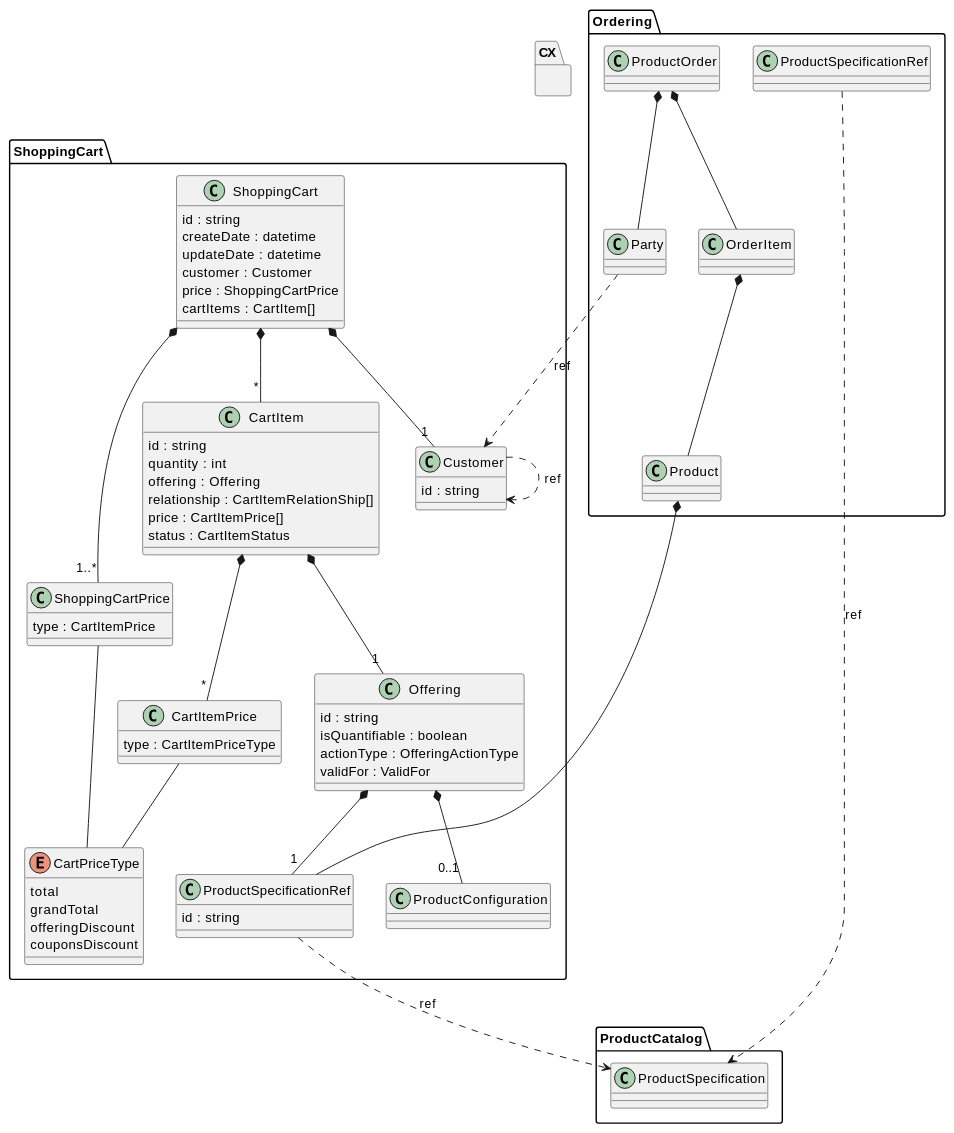
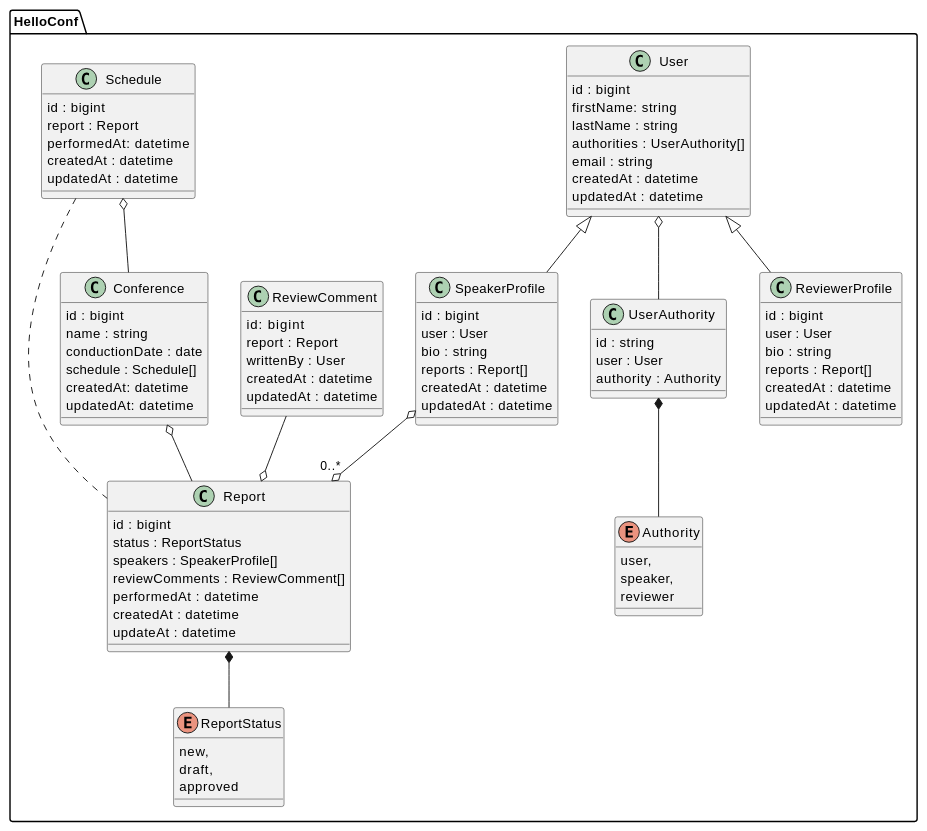
Before and after one commit to timofeev-denis/mts-architect-school: the diagram in docs/data/data.md, drawn with PlantUML.

Commit message:
Добавление модели данных

````diff
--- a/docs/data/data.md
+++ b/docs/data/data.md
@@ -8,89 +8,112 @@
 ```plantuml
 @startuml
 ' Логическая модель данных в варианте UML Class Diagram (альтернатива ER-диаграмме).
-namespace ShoppingCart {
 
- class ShoppingCart
+namespace HelloConf {
+
+ class User
  {
-  id : string
-  createDate : datetime
-  updateDate : datetime
-  customer : Customer
-  price : ShoppingCartPrice
-  cartItems : CartItem[]
+   id : bigint
+   firstName: string
+   lastName : string
+   authorities : UserAuthority[]
+   email : string
+   createdAt : datetime
+   updatedAt : datetime
  }
 
- class ShoppingCartPrice
+ class UserAuthority
  {
-  type : CartItemPrice
- }
- class CartItemPrice
- {
-  type : CartItemPriceType
+   id : string
+   user : User
+   authority : Authority
  }
 
- enum CartPriceType
+ class SpeakerProfile 
  {
-  total
-  grandTotal
-  offeringDiscount
-  couponsDiscount
+   id : bigint
+   user : User
+   bio : string
+   reports : Report[]
+   createdAt : datetime
+   updatedAt : datetime
  }
 
- class CartItem
+ class ReviewerProfile 
  {
-  id : string
-  quantity : int
-  offering : Offering
-  relationship : CartItemRelationShip[]
-  price : CartItemPrice[]
-  status : CartItemStatus
+   id : bigint
+   user : User
+   bio : string
+   reports : Report[]
+   createdAt : datetime
+   updatedAt : datetime
  }
 
-  class Customer
+ class Report 
  {
-  id : string
+   id : bigint
+   status : ReportStatus
+   speakers : SpeakerProfile[]
+   reviewComments : ReviewComment[]
+   performedAt : datetime
+   createdAt : datetime
+   updateAt : datetime
  }
- 
- class Offering
+
+ class ReviewComment
  {
-  id : string
-  isQuantifiable : boolean
-  actionType : OfferingActionType
-  validFor : ValidFor
+   id:  bigint
+   report : Report
+   writtenBy : User
+   createdAt : datetime
+   updatedAt : datetime
  }
-  
- class ProductSpecificationRef
+
+ class Conference
  {
-  id : string
+   id : bigint
+   name : string
+   conductionDate : date
+   schedule : Schedule[]
+   createdAt: datetime
+   updatedAt: datetime
  }
- 
- ShoppingCart *-- "1..*" ShoppingCartPrice
- ShoppingCartPrice -- CartPriceType
- ShoppingCart *-- "*" CartItem
- CartItem *-- "*" CartItemPrice
- CartItemPrice -- CartPriceType
- CartItem *-- "1" Offering
- Offering *-- "1" ProductSpecificationRef
- Offering *-- "0..1" ProductConfiguration
- ShoppingCart *-- "1" Customer
+
+ class Schedule
+ {
+   id : bigint
+   report : Report
+   performedAt: datetime
+   createdAt : datetime
+   updatedAt : datetime
+ }
+
+ enum ReportStatus 
+ {
+   new,
+   draft,
+   approved
+ }
+
+ enum Authority
+ {
+   user,
+   speaker,
+   reviewer
+ }
+
+  Conference o-- Report
+  SpeakerProfile o--o "0..*" Report
+  ReviewComment --o Report
+  Schedule .. Report
+  Report *-- ReportStatus
+  Schedule o-- Conference
+  User <|-- SpeakerProfile
+  User <|-- ReviewerProfile
+  User o-- UserAuthority
+  UserAuthority *-- Authority
 }
 
-namespace Ordering {
- ProductOrder *-- OrderItem
- OrderItem *-- Product
- Product *-- ProductSpecificationRef
- ProductOrder *-- Party
-}
 
-namespace ProductCatalog {
- ShoppingCart.ProductSpecificationRef ..> ProductSpecification : ref
- Ordering.ProductSpecificationRef ..> ProductSpecification : ref
-}
-
-namespace CX {
- ShoppingCart.Customer ..> Customer : ref
- Ordering.Party ..> Customer : ref
-}
 @enduml
 ```
````
